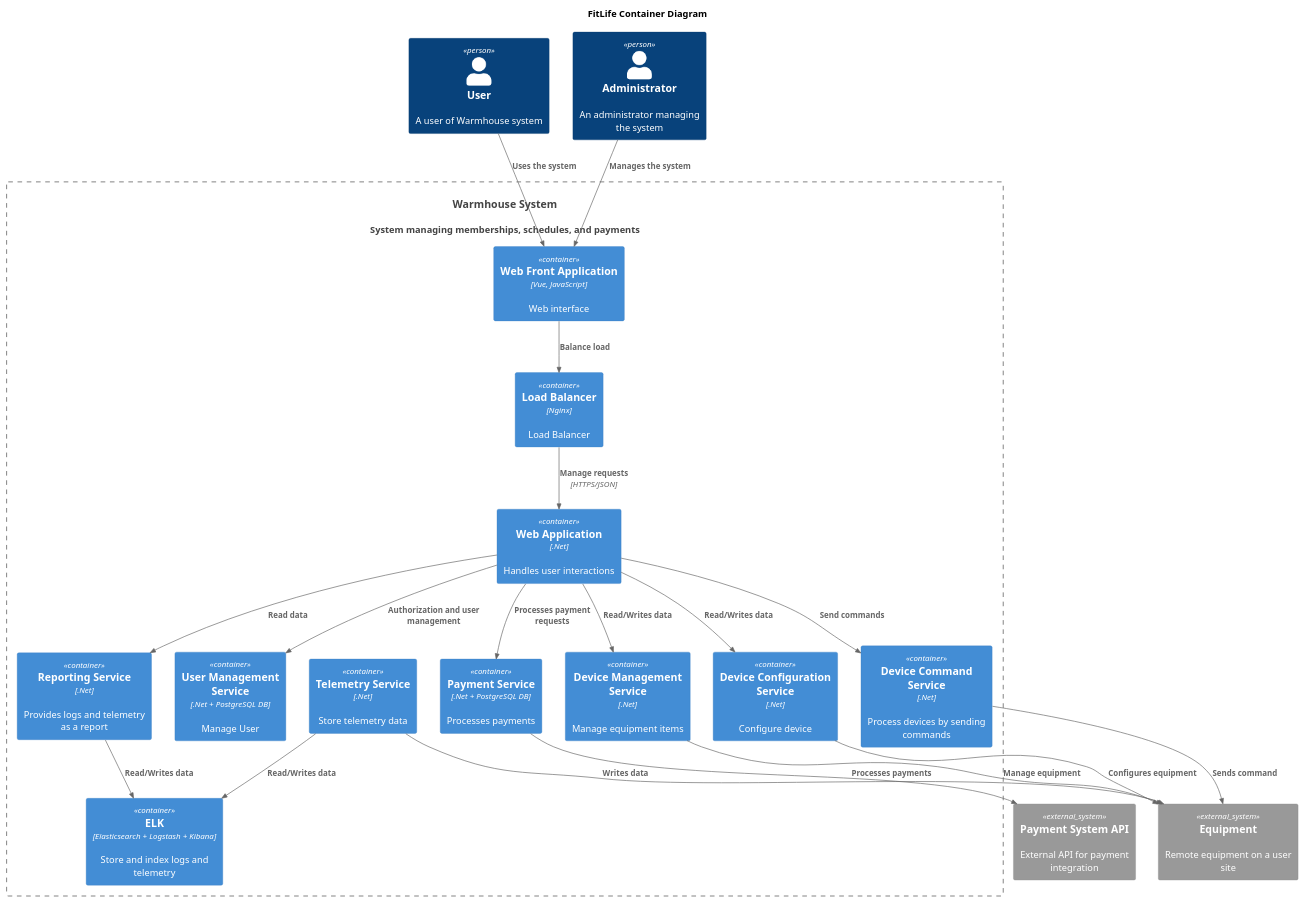
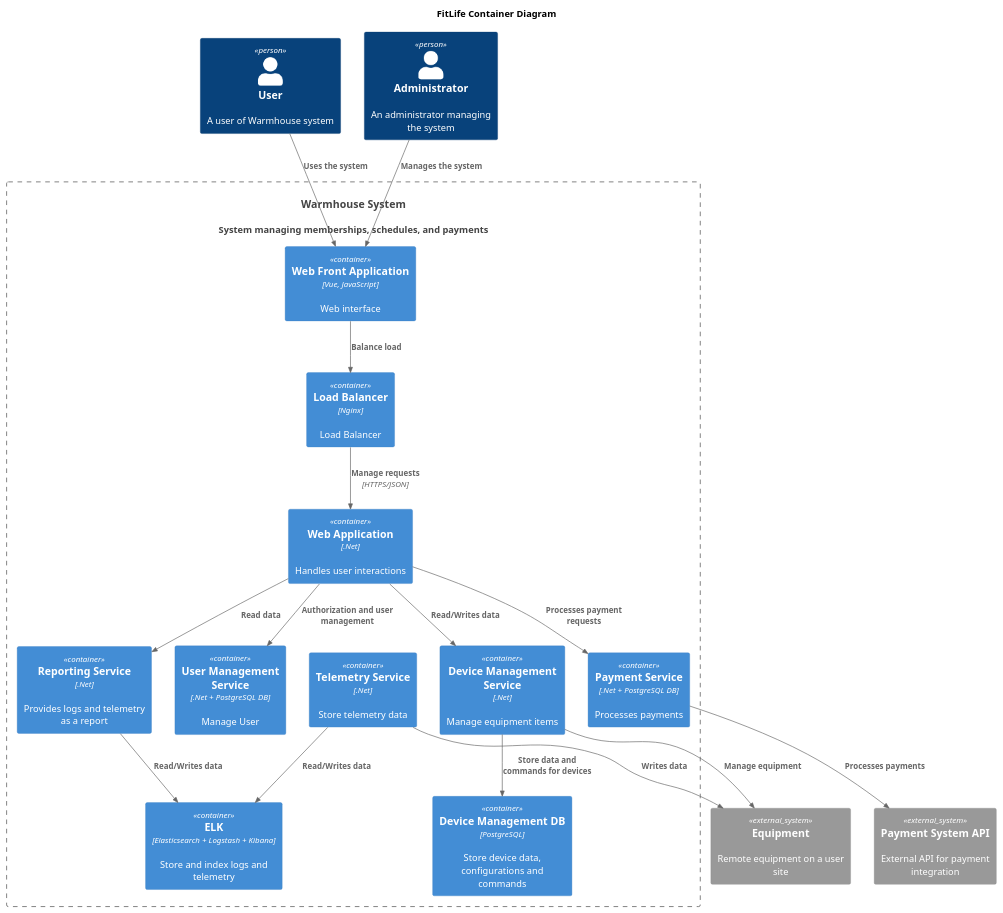
Before and after one commit to yailiaya/yp-architecture-warmhouse: the diagram in apps/diagrams/_ToBe_Warmhouse_with_context_Container.puml, drawn with PlantUML.

Commit message:
Update container diagram

```diff
--- a/apps/diagrams/_ToBe_Warmhouse_with_context_Container.puml
+++ b/apps/diagrams/_ToBe_Warmhouse_with_context_Container.puml
@@ -1,54 +1,50 @@
 @startuml
 title FitLife Container Diagram
 
 top to bottom direction
 
 !includeurl https://raw.githubusercontent.com/RicardoNiepel/C4-PlantUML/master/C4_Component.puml
 
 Person(user, "User", "A user of Warmhouse system")
 Person(admin, "Administrator", "An administrator managing the system")
 System(WarmhouseSystem, "Warmhouse System", "System managing memberships, schedules, and payments")
 
 Container_Boundary(WarmhouseSystem, "Warmhouse System") {
   Container(WebFrontApp, "Web Front Application", "Vue, JavaScript", "Web interface")
   Container(LoadBalancer, "Load Balancer", "Nginx", "Load Balancer")
   Container(WebApp, "Web Application", ".Net", "Handles user interactions")
 
   Container(UserManagementService, "User Management Service", ".Net + PostgreSQL DB", "Manage User")
   Container(PaymentService, "Payment Service", ".Net + PostgreSQL DB", "Processes payments")
 
   Container(DeviceManagementService, "Device Management Service", ".Net", "Manage equipment items")
-  Container(DeviceConfigurationService, "Device Configuration Service", ".Net", "Configure device")
-  Container(DeviceCommandService, "Device Command Service", ".Net", "Process devices by sending commands")
 
   Container(TelemetryService, "Telemetry Service", ".Net", "Store telemetry data")
   Container(StoreService, "ELK", "Elasticsearch + Logstash + Kibana", "Store and index logs and telemetry")
 
   Container(ReportingService, "Reporting Service", ".Net", "Provides logs and telemetry as a report")
+  Container(DeviceManagementDB, "Device Management DB", "PostgreSQL", "Store device data, configurations and commands")
 }
 
 System_Ext(payment_api, "Payment System API", "External API for payment integration")
 System_Ext(device, "Equipment", "Remote equipment on a user site")
 
 Rel(user, WebFrontApp, "Uses the system")
 Rel(admin, WebFrontApp,"Manages the system")
 Rel(WebFrontApp, LoadBalancer,"Balance load")
 Rel(LoadBalancer, WebApp,"Manage requests", "HTTPS/JSON")
 Rel(WebApp,UserManagementService,"Authorization and user management")
 Rel(WebApp,DeviceManagementService,"Read/Writes data")
-Rel(WebApp,DeviceConfigurationService,"Read/Writes data")
-Rel(WebApp,DeviceCommandService,"Send commands")
 Rel(WebApp,ReportingService,"Read data")
 
 Rel(TelemetryService,StoreService,"Read/Writes data")
 Rel(ReportingService,StoreService,"Read/Writes data")
 
 Rel(TelemetryService,device,"Writes data")
 
 Rel(DeviceManagementService,device,"Manage equipment")
-Rel(DeviceConfigurationService,device,"Configures equipment")
-Rel(DeviceCommandService,device,"Sends command")
+Rel(DeviceManagementService,DeviceManagementDB,"Store data and commands for devices")
 
 Rel(WebApp,PaymentService,"Processes payment requests")
 Rel(PaymentService,payment_api,"Processes payments")
 @enduml
```
